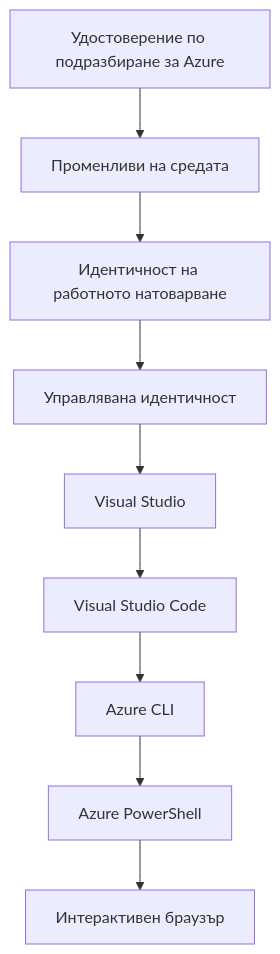
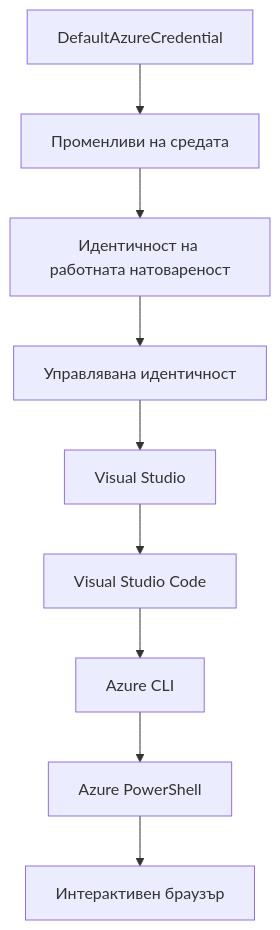
Before and after one commit to microsoft/AZD-for-beginners: the second of 2 diagrams in translations/bg/docs/chapter-01-foundation/azd-basics.md, drawn with Mermaid. The commit also changed other lines of this file and 101 other files, not shown here.

````diff
--- a/translations/bg/docs/chapter-01-foundation/azd-basics.md
+++ b/translations/bg/docs/chapter-01-foundation/azd-basics.md
@@ -593,11 +591,11 @@
 ```mermaid
 graph TD
-    A[Удостоверение по подразбиране за Azure] --> B[Променливи на средата]
-    B --> C[Идентичност на работното натоварване]
+    A[DefaultAzureCredential] --> B[Променливи на средата]
+    B --> C[Идентичност на работната натовареност]
     C --> D[Управлявана идентичност]
     D --> E[Visual Studio]
     E --> F[Visual Studio Code]
     F --> G[Azure CLI]
     G --> H[Azure PowerShell]
     H --> I[Интерактивен браузър]
 ```
````
